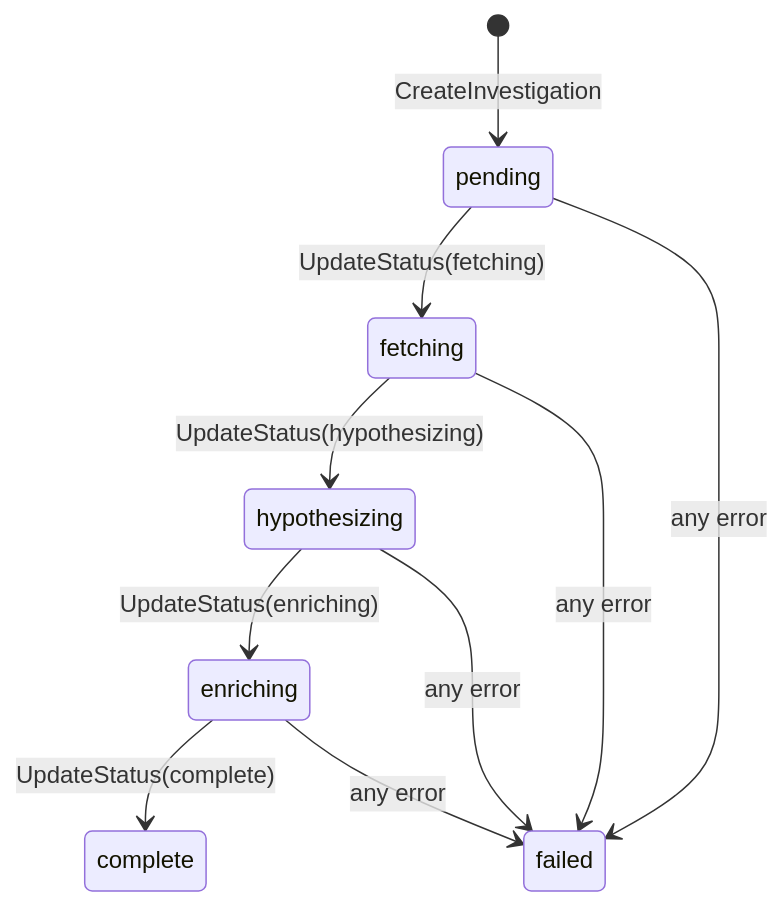
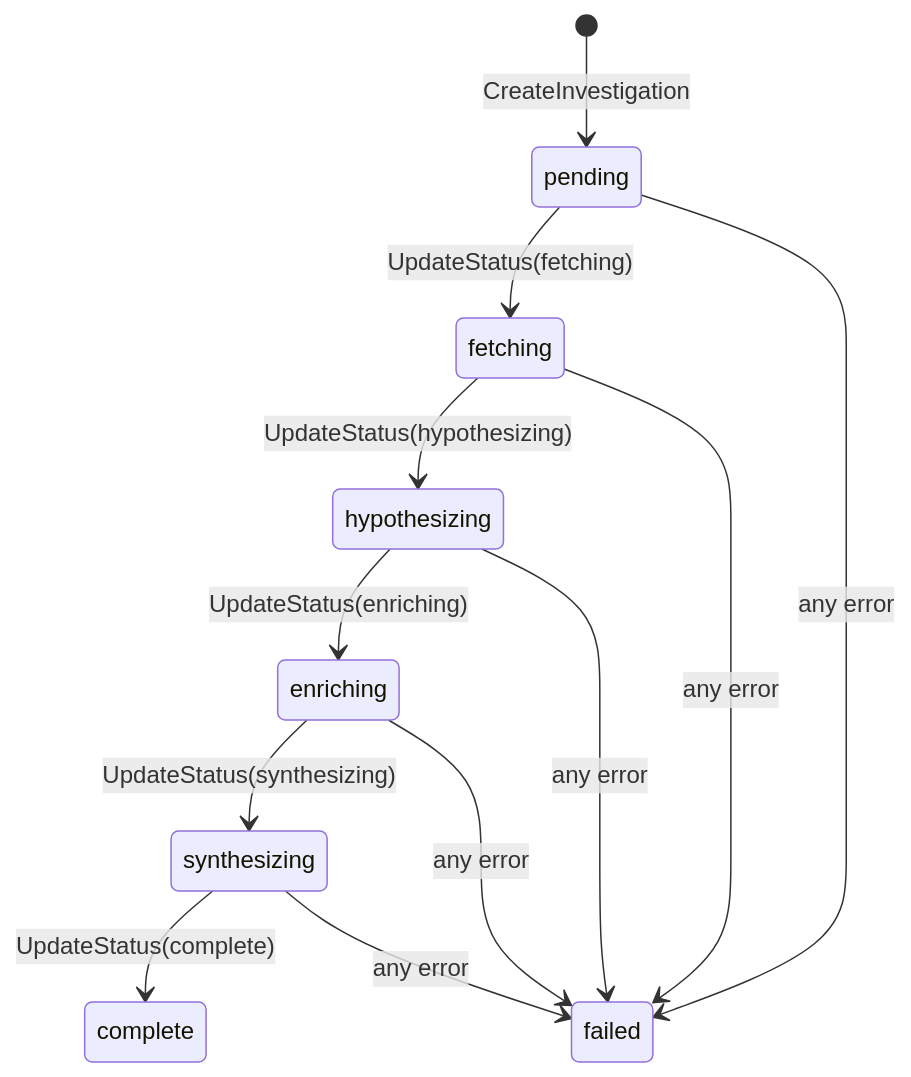
The second of 2 diagrams in docs/data-model.md (Aslanchik/go-phish), drawn with Mermaid before and after one commit. The commit also changed other lines of this file and 4 other files, not shown here.

````diff
--- a/docs/data-model.md
+++ b/docs/data-model.md
@@ -41,12 +42,14 @@
 ```mermaid
 stateDiagram-v2
     [*] --> pending : CreateInvestigation
     pending --> fetching : UpdateStatus(fetching)
     fetching --> hypothesizing : UpdateStatus(hypothesizing)
     hypothesizing --> enriching : UpdateStatus(enriching)
-    enriching --> complete : UpdateStatus(complete)
+    enriching --> synthesizing : UpdateStatus(synthesizing)
+    synthesizing --> complete : UpdateStatus(complete)
     pending --> failed : any error
     fetching --> failed : any error
     hypothesizing --> failed : any error
     enriching --> failed : any error
+    synthesizing --> failed : any error
 ```
````
